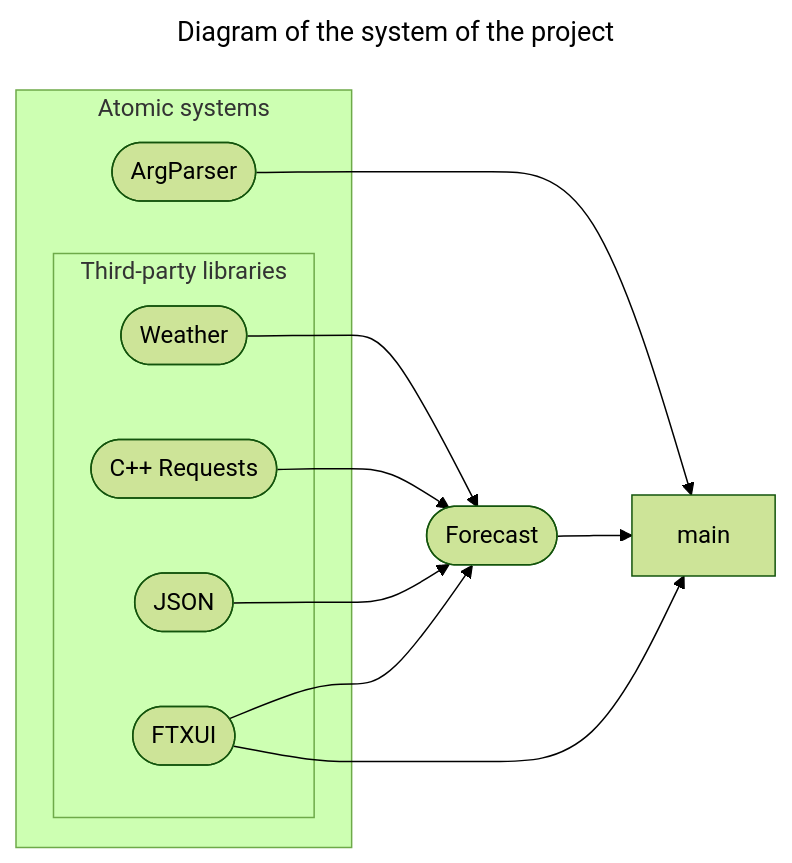
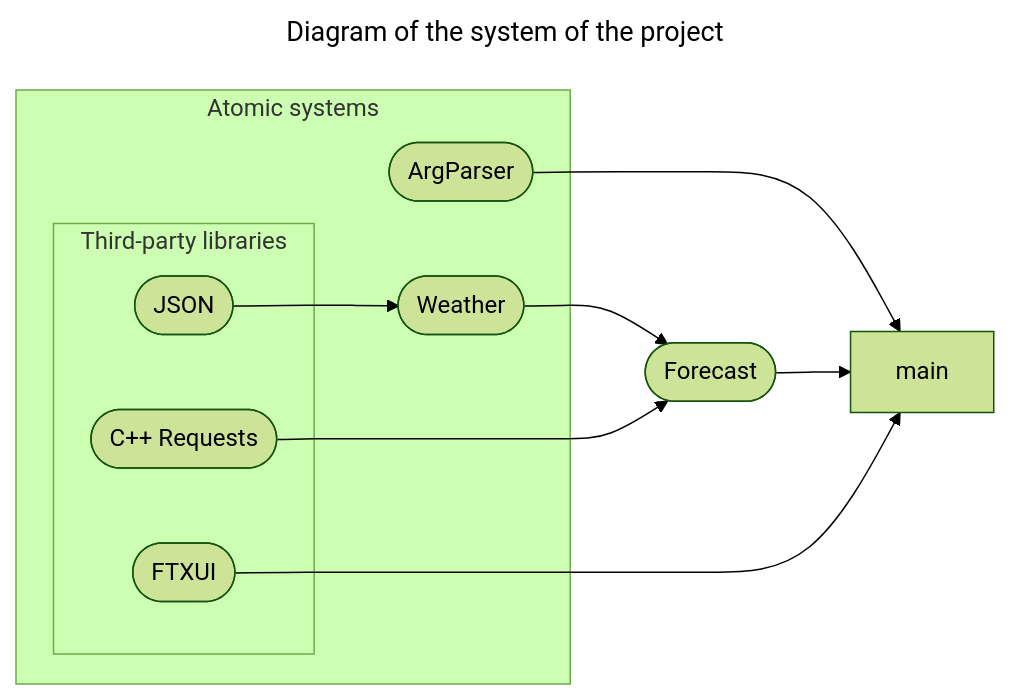
One commit to bialger/weather-forecast changed the first of 2 diagrams in docs/dev/architecture.md. Above: the diagram before and after it, drawn with Mermaid (forest theme). The commit also changed 21 other files, not shown here.

````diff
--- a/docs/dev/architecture.md
+++ b/docs/dev/architecture.md
@@ -23,25 +23,24 @@
 ```mermaid
 ---
 title: Diagram of the system of the project
 ---
 flowchart LR
     subgraph Atomic systems
         nodeArgParser([ArgParser])
+      nodeWeather([Weather])
         subgraph Third-party libraries
-          nodeWeather([Weather])
           nodeCPR([C++ Requests])
           nodeJSON([JSON])
           nodeFTXUI([FTXUI])
         end
     end
     nodeMain[main]
     nodeForecast([Forecast])
     
     nodeArgParser --> nodeMain
     nodeForecast --> nodeMain
     nodeWeather --> nodeForecast
     nodeCPR --> nodeForecast
-    nodeJSON --> nodeForecast
-    nodeFTXUI --> nodeForecast
+    nodeJSON --> nodeWeather
     nodeFTXUI --> nodeMain
 ```
````
